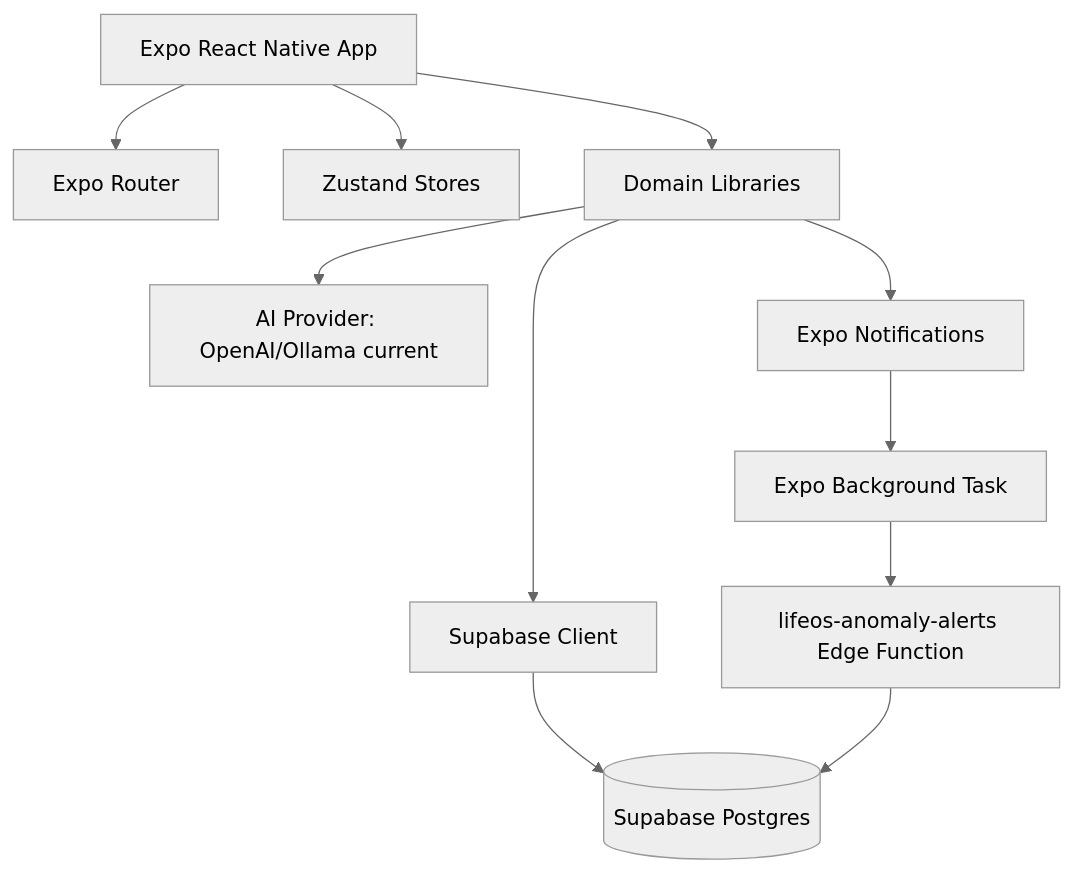
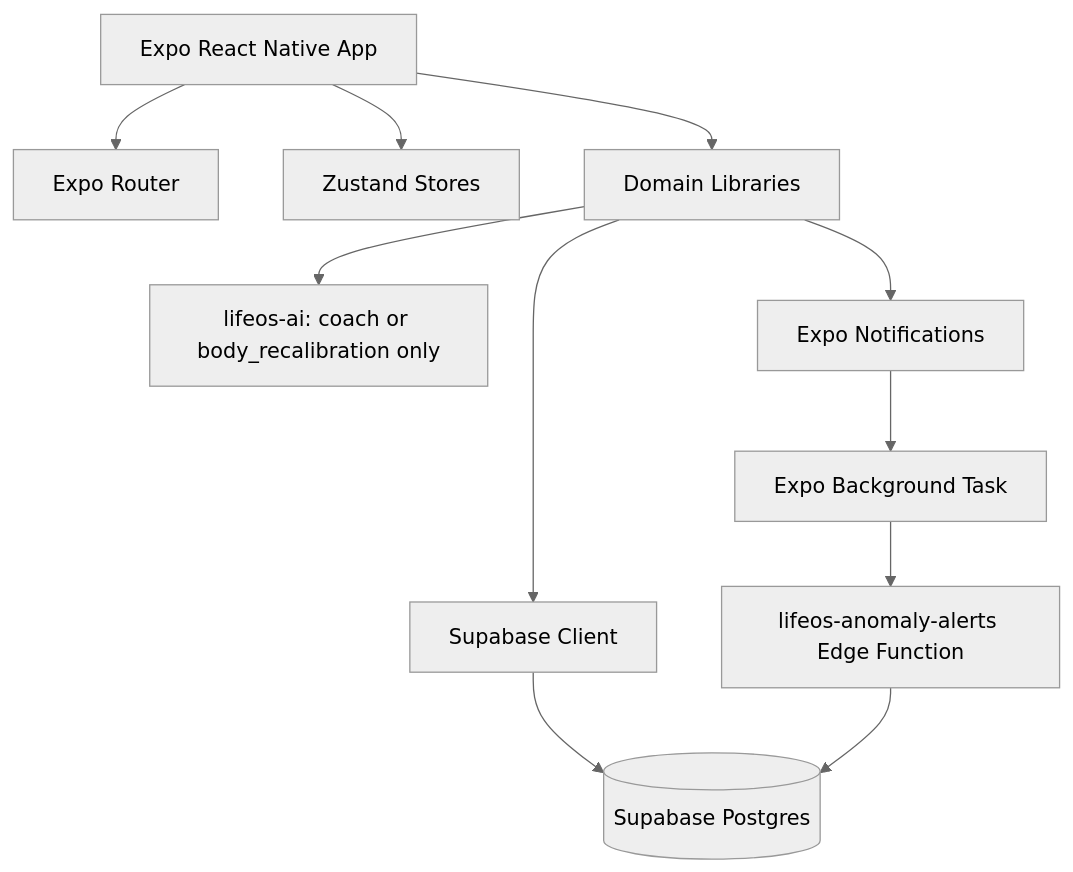
One commit to Ramagiri-Ranesh/LifeOsMobileApp changed the first of 7 diagrams in docs/architecture.md. Above: the diagram before and after it, drawn with Mermaid (neutral theme). The commit also changed other lines of this file and 29 other files, not shown here.

````diff
--- a/docs/architecture.md
+++ b/docs/architecture.md
@@ -34,13 +62,13 @@
 ```mermaid
 flowchart TD
   App[Expo React Native App] --> Router[Expo Router]
   App --> Stores[Zustand Stores]
   App --> Lib[Domain Libraries]
   Lib --> SupabaseClient[Supabase Client]
   SupabaseClient --> DB[(Supabase Postgres)]
-  Lib --> AI[AI Provider: OpenAI/Ollama current]
+  Lib --> AI[lifeos-ai: coach or body_recalibration only]
   Lib --> Notifications[Expo Notifications]
   Notifications --> Background[Expo Background Task]
   Background --> EdgeFn[lifeos-anomaly-alerts Edge Function]
   EdgeFn --> DB
 ```
````
